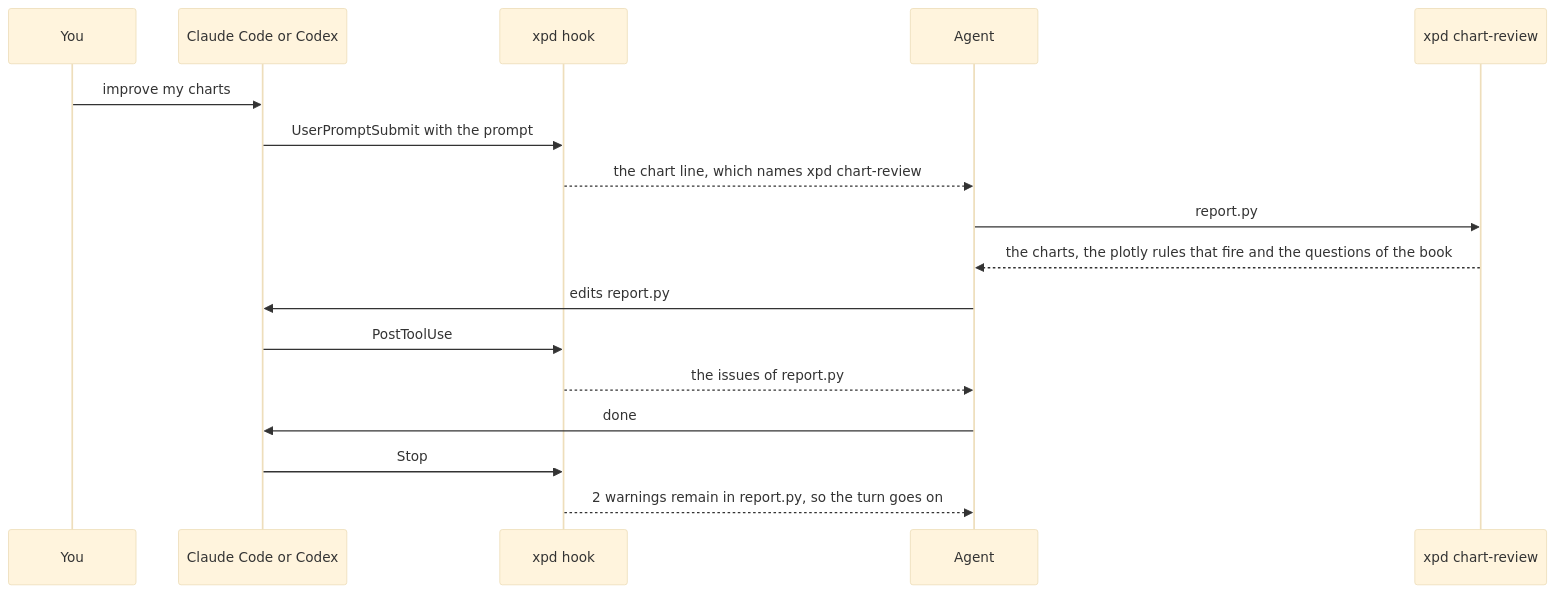
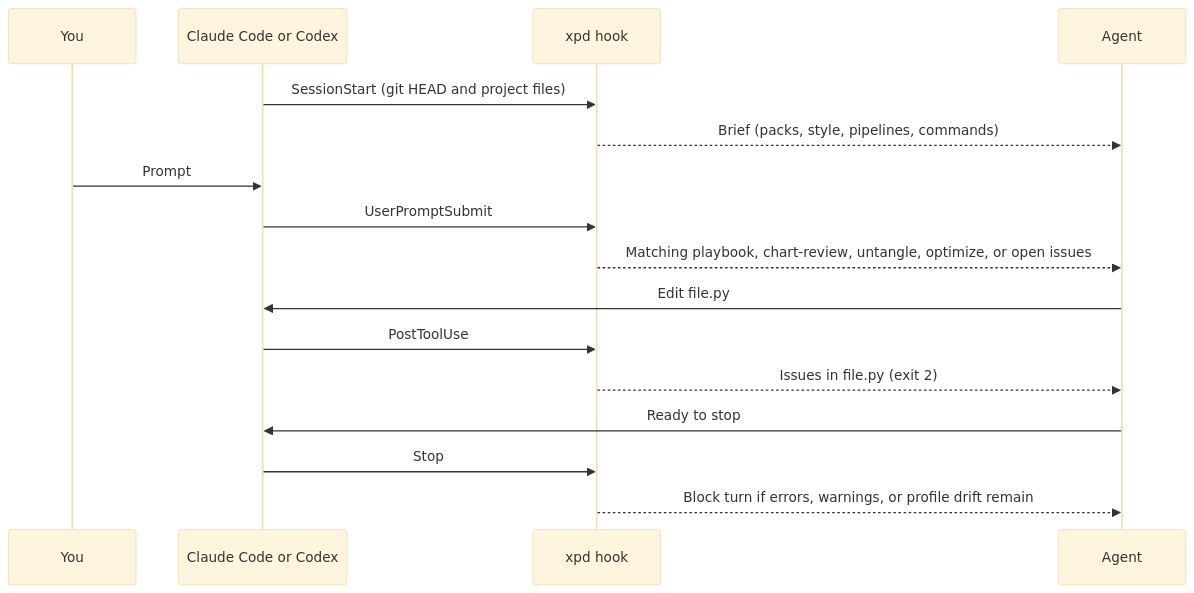
The diagram in website/src/content/docs/guides/claude-code.md (bjoernaagaard/xpd), drawn with Mermaid (base theme) before and after one commit. The commit also changed other lines of this file and 42 other files, not shown here.

Commit message:
docs: rewrite public docs with BLUF, Mermaid diagrams, and plain prose

````diff
--- a/website/src/content/docs/guides/claude-code.md
+++ b/website/src/content/docs/guides/claude-code.md
@@ -197,19 +10,18 @@
 ```mermaid
 sequenceDiagram
     participant You
     participant Client as Claude Code or Codex
     participant Hook as xpd hook
     participant Agent
-    participant Review as xpd chart-review
-    You->>Client: improve my charts
-    Client->>Hook: UserPromptSubmit with the prompt
-    Hook-->>Agent: the chart line, which names xpd chart-review
-    Agent->>Review: report.py
-    Review-->>Agent: the charts, the plotly rules that fire and the questions of the book
-    Agent->>Client: edits report.py
+    Client->>Hook: SessionStart (git HEAD and project files)
+    Hook-->>Agent: Brief (packs, style, pipelines, commands)
+    You->>Client: Prompt
+    Client->>Hook: UserPromptSubmit
+    Hook-->>Agent: Matching playbook, chart-review, untangle, optimize, or open issues
+    Agent->>Client: Edit file.py
     Client->>Hook: PostToolUse
-    Hook-->>Agent: the issues of report.py
-    Agent->>Client: done
+    Hook-->>Agent: Issues in file.py (exit 2)
+    Agent->>Client: Ready to stop
     Client->>Hook: Stop
-    Hook-->>Agent: 2 warnings remain in report.py, so the turn goes on
+    Hook-->>Agent: Block turn if errors, warnings, or profile drift remain
 ```
````
